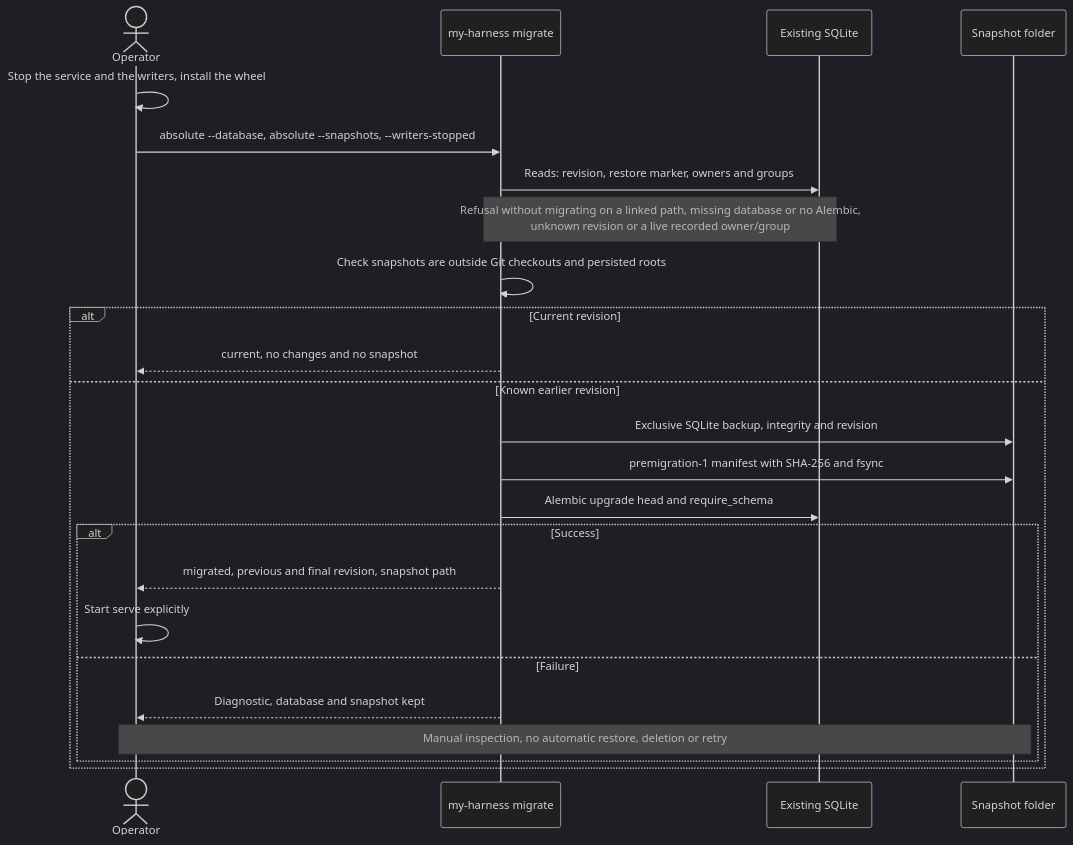
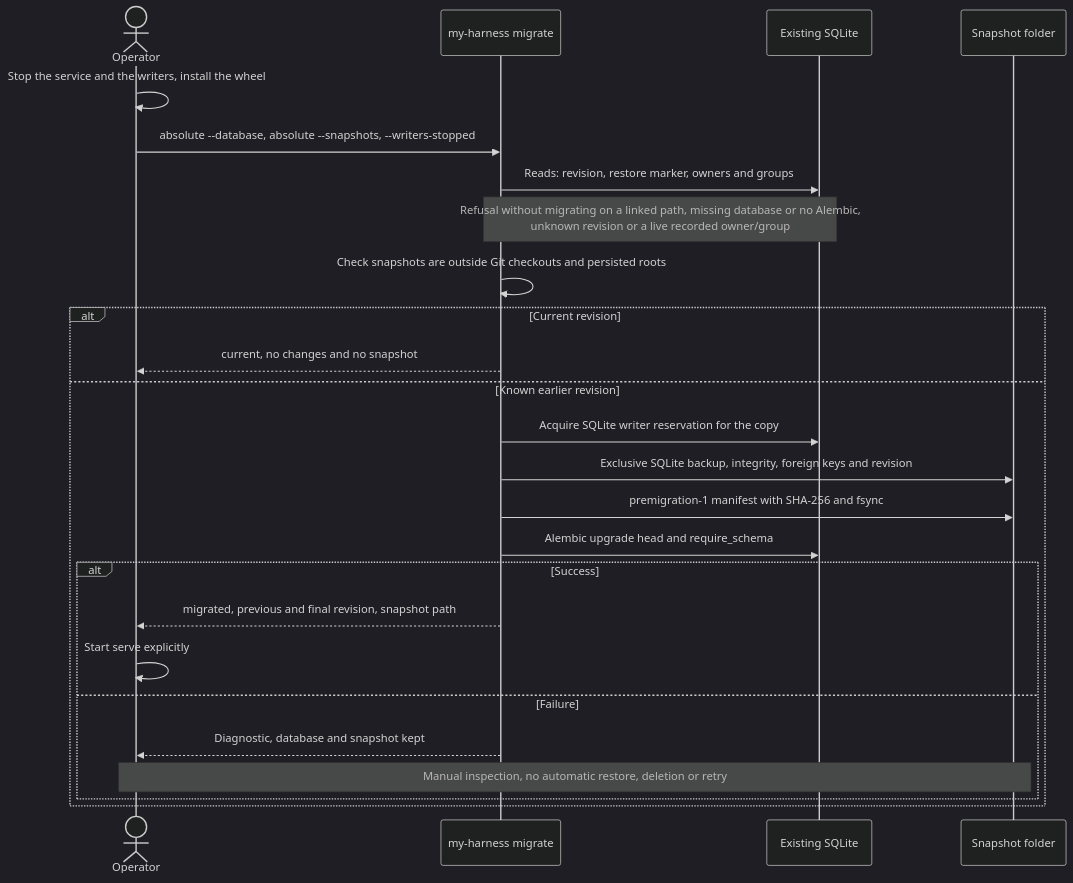
Before and after one commit to AcostaDDev/my-harness: the diagram in docs/flows/database-migration.md, drawn with Mermaid (dark theme). The commit also changed other lines of this file and 36 other files, not shown here.

````diff
--- a/docs/flows/database-migration.md
+++ b/docs/flows/database-migration.md
@@ -7,26 +7,27 @@
 ```mermaid
 sequenceDiagram
     actor U as Operator
     participant CLI as my-harness migrate
     participant DB as Existing SQLite
     participant C as Snapshot folder
     U->>U: Stop the service and the writers, install the wheel
     U->>CLI: absolute --database, absolute --snapshots, --writers-stopped
     CLI->>DB: Reads: revision, restore marker, owners and groups
     Note over CLI,DB: Refusal without migrating on a linked path, missing database or no Alembic,<br/>unknown revision or a live recorded owner/group
     CLI->>CLI: Check snapshots are outside Git checkouts and persisted roots
     alt Current revision
         CLI-->>U: current, no changes and no snapshot
     else Known earlier revision
-        CLI->>C: Exclusive SQLite backup, integrity and revision
+        CLI->>DB: Acquire SQLite writer reservation for the copy
+        CLI->>C: Exclusive SQLite backup, integrity, foreign keys and revision
         CLI->>C: premigration-1 manifest with SHA-256 and fsync
         CLI->>DB: Alembic upgrade head and require_schema
         alt Success
             CLI-->>U: migrated, previous and final revision, snapshot path
             U->>U: Start serve explicitly
         else Failure
             CLI-->>U: Diagnostic, database and snapshot kept
             Note over U,C: Manual inspection, no automatic restore, deletion or retry
         end
     end
 ```
````
